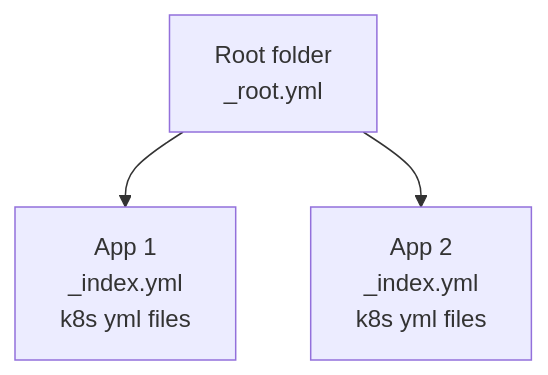
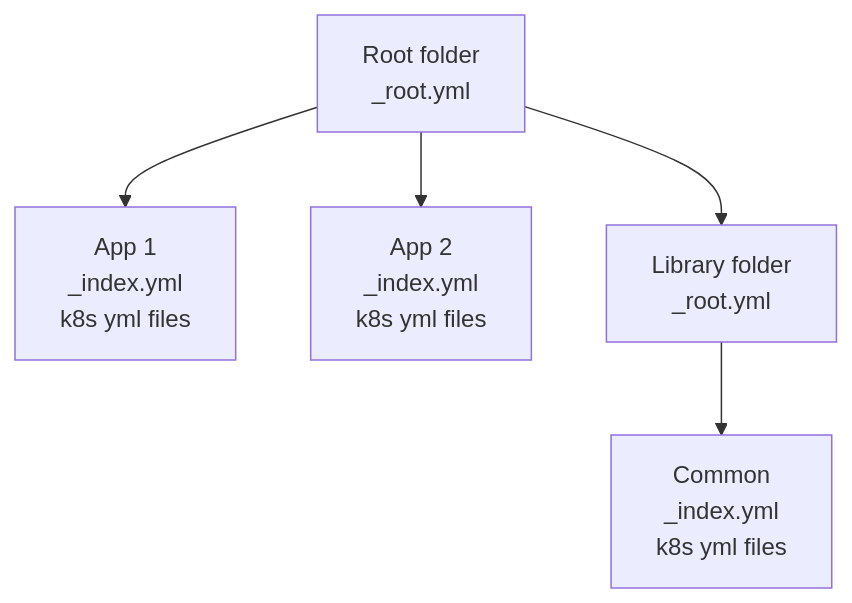
Before and after one commit to davidgiga1993/octoploy: the first of 2 diagrams in README.md, drawn with Mermaid. The commit also changed other lines of this file and 5 other files, not shown here.

````diff
--- a/README.md
+++ b/README.md
@@ -22,7 +31,12 @@
 ```mermaid
 graph  TB
     root[Root folder<br>_root.yml]
     root --> app1[App 1<br>_index.yml<br>k8s yml files]
     root --> app2[App 2<br>_index.yml<br>k8s yml files]
+    
+    lib[Library folder<br>_root.yml]
+    lib --> common[Common<br>_index.yml<br>k8s yml files]
+    
+    root --> lib
 
 ```
````
